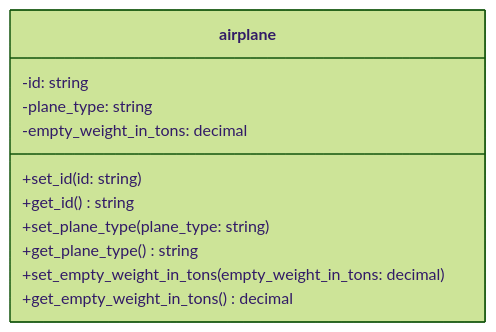
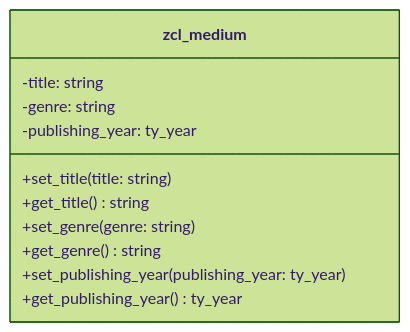
The diagram in docs/exercises/abap-objects/abap-objects-01.md (appenmaier/s4hana), drawn with Mermaid (forest theme) before and after one commit. The commit also changed other lines of this file, not shown here.

````diff
--- a/docs/exercises/abap-objects/abap-objects-01.md
+++ b/docs/exercises/abap-objects/abap-objects-01.md
@@ -10,14 +10,14 @@
 ```mermaid
 classDiagram
-   class airplane {
-      -id: string
-      -plane_type: string
-      -empty_weight_in_tons: decimal
-      +set_id(id: string)
-      +get_id() string
-      +set_plane_type(plane_type: string)
-      +get_plane_type() string
-      +set_empty_weight_in_tons(empty_weight_in_tons: decimal)
-      +get_empty_weight_in_tons() decimal
+   class zcl_medium {
+      -title: string
+      -genre: string
+      -publishing_year: ty_year
+      +set_title(title: string)
+      +get_title() string
+      +set_genre(genre: string)
+      +get_genre() string
+      +set_publishing_year(publishing_year: ty_year)
+      +get_publishing_year() ty_year
    }
 ```
````
